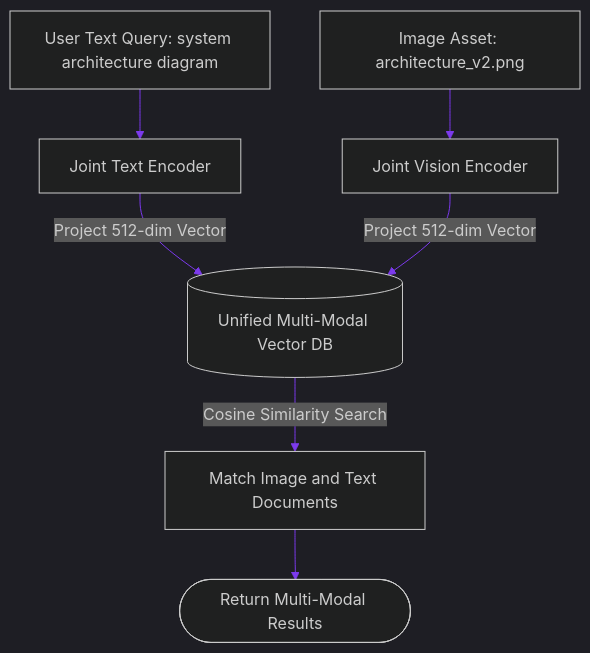
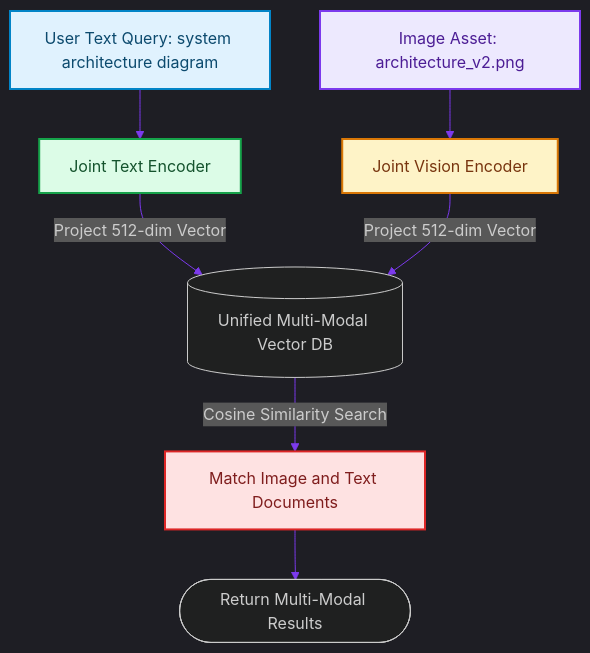
The diagram in blog/posts/multimodal-cross-modal-vector-fusion-unified-search.md (akmalkhaniub/akmalkhaniub.github.io), drawn with Mermaid before and after one commit. The commit also changed other lines of this file and 1291 other files, not shown here.

First line of the commit message:
feat(catalog): unique covers, scholarly references, and diagram palettes

````diff
--- a/blog/posts/multimodal-cross-modal-vector-fusion-unified-search.md
+++ b/blog/posts/multimodal-cross-modal-vector-fusion-unified-search.md
@@ -16,12 +16,23 @@
 ```mermaid
 %%{init: {'theme': 'dark', 'themeVariables': { 'primaryColor': '#7c3aed', 'primaryTextColor': '#f3f4f6', 'primaryBorderColor': '#a78bfa', 'lineColor': '#7c3aed', 'secondaryColor': '#111827', 'tertiaryColor': '#0b0f19'}}}%%
 flowchart TD
-    TextInput[User Text Query: system architecture diagram] --> TextEncoder[Joint Text Encoder]
-    ImageInput[Image Asset: architecture_v2.png] --> VisionEncoder[Joint Vision Encoder]
+    TextInput["User Text Query: system architecture diagram"] --> TextEncoder["Joint Text Encoder"]
+    ImageInput["Image Asset: architecture_v2.png"] --> VisionEncoder["Joint Vision Encoder"]
     
     TextEncoder -->|Project 512-dim Vector| JointSpace[(Unified Multi-Modal Vector DB)]
     VisionEncoder -->|Project 512-dim Vector| JointSpace
     
-    JointSpace -->|Cosine Similarity Search| Match[Match Image and Text Documents]
+    JointSpace -->|Cosine Similarity Search| Match["Match Image and Text Documents"]
     Match --> Output([Return Multi-Modal Results])
+
+classDef green fill:#dcfce7,stroke:#16a34a,stroke-width:2px,color:#14532d;
+classDef red fill:#fee2e2,stroke:#dc2626,stroke-width:2px,color:#7f1d1d;
+classDef blue fill:#e0f2fe,stroke:#0284c7,stroke-width:2px,color:#0c4a6e;
+classDef yellow fill:#fef3c7,stroke:#d97706,stroke-width:2px,color:#78350f;
+classDef purple fill:#ede9fe,stroke:#7c3aed,stroke-width:2px,color:#4c1d95;
+class TextInput blue
+class TextEncoder green
+class ImageInput purple
+class VisionEncoder yellow
+class Match red
 ```
````
